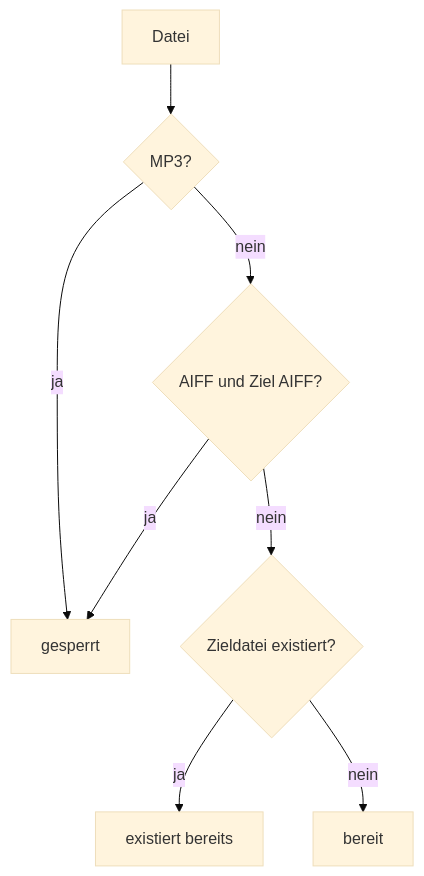
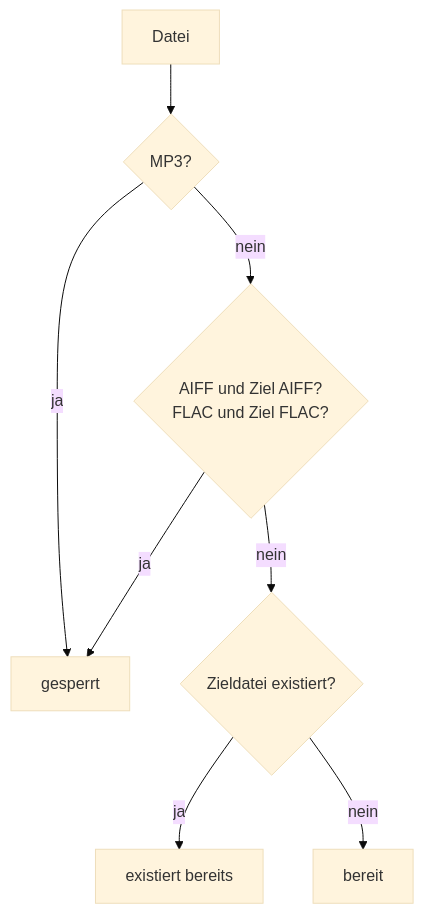
One commit to Senci/audio-konverter changed the second of 3 diagrams in wiki/funktionen.md. Above: the diagram before and after it, drawn with Mermaid (base theme). The commit also changed other lines of this file and 24 other files, not shown here.

````diff
--- a/wiki/funktionen.md
+++ b/wiki/funktionen.md
@@ -25,10 +26,10 @@
 ```mermaid
 flowchart TD
     A["Datei"] --> B{"MP3?"}
     B -->|ja| X["gesperrt"]
-    B -->|nein| C{"AIFF und Ziel AIFF?"}
+    B -->|nein| C{"AIFF und Ziel AIFF?<br/>FLAC und Ziel FLAC?"}
     C -->|ja| X
     C -->|nein| D{"Zieldatei existiert?"}
     D -->|ja| Y["existiert bereits"]
     D -->|nein| Z["bereit"]
 ```
````
